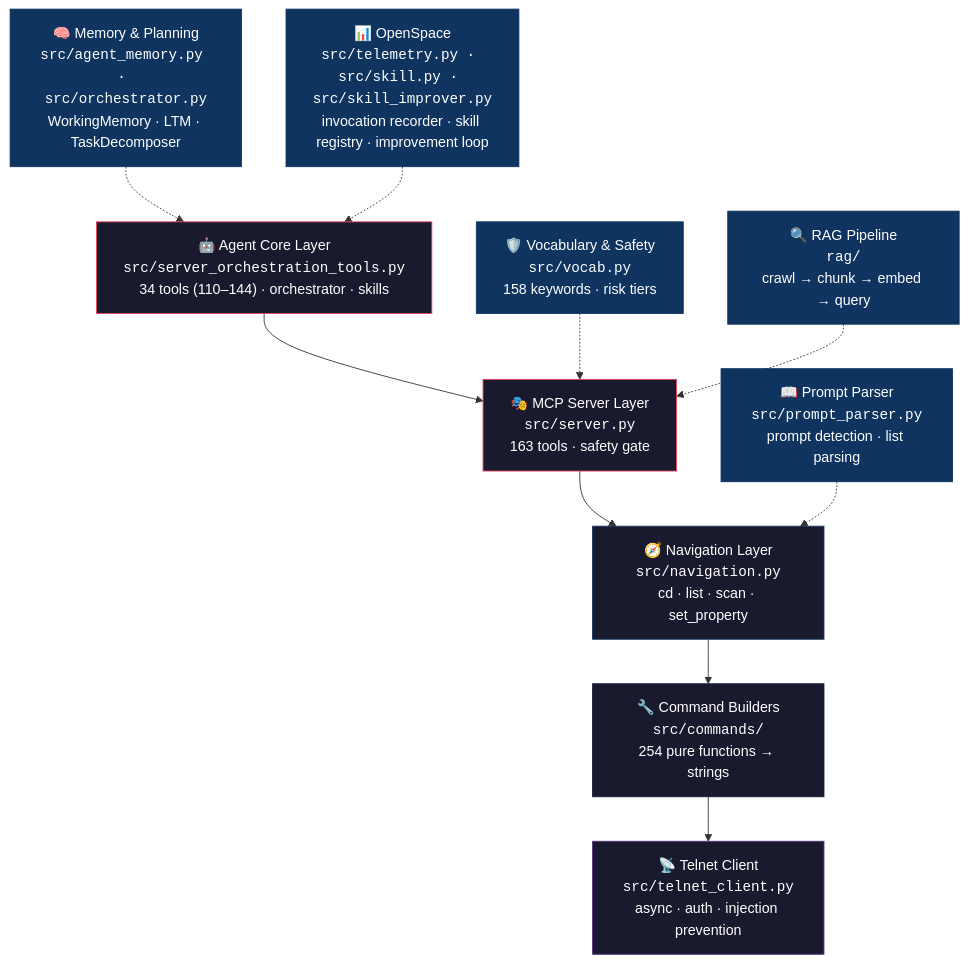
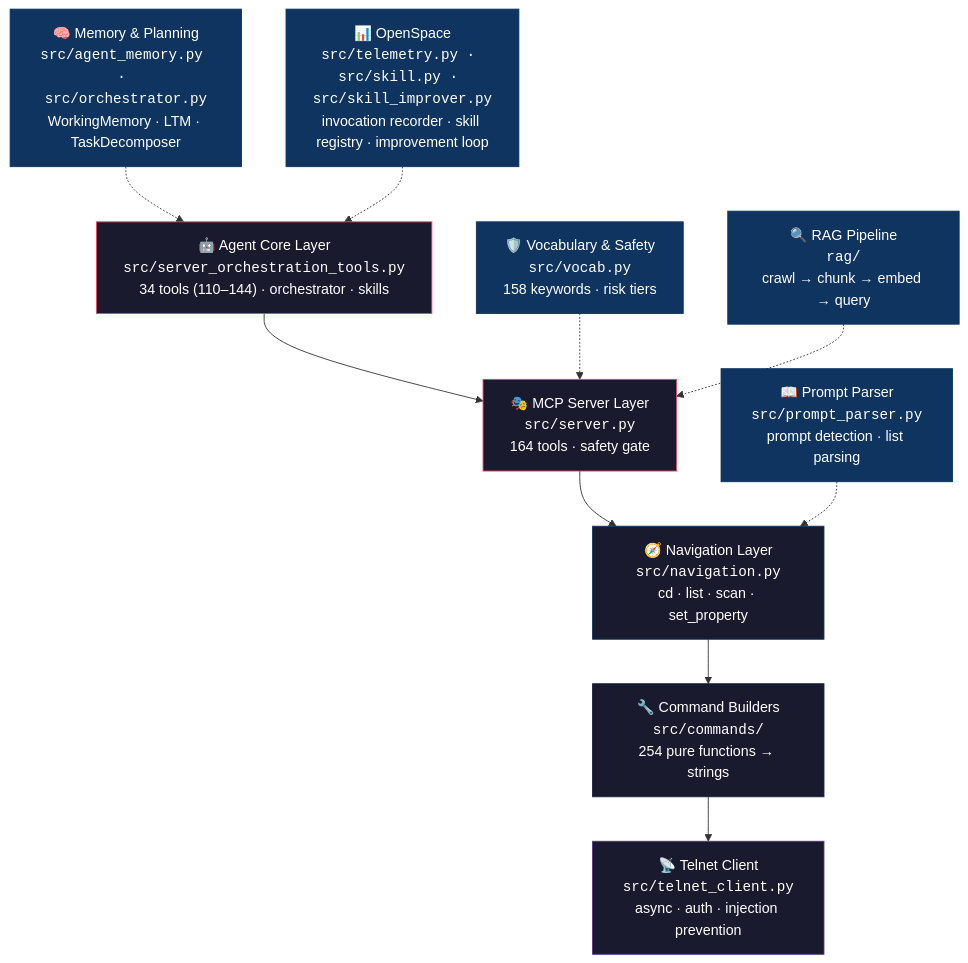
The first of 2 diagrams in README.md (thisis-romar/ma2-onPC-MCP), drawn with Mermaid before and after one commit. The commit also changed other lines of this file and 1 other file, not shown here.

````diff
--- a/README.md
+++ b/README.md
@@ -71,25 +71,25 @@
 ```mermaid
 graph TD
     H["🤖 Agent Core Layer<br/><code>src/server_orchestration_tools.py</code><br/>34 tools (110–144) · orchestrator · skills"] --> A
-    A["🎭 MCP Server Layer<br/><code>src/server.py</code><br/>163 tools · safety gate"] --> B
+    A["🎭 MCP Server Layer<br/><code>src/server.py</code><br/>164 tools · safety gate"] --> B
     B["🧭 Navigation Layer<br/><code>src/navigation.py</code><br/>cd · list · scan · set_property"] --> C
     C["🔧 Command Builders<br/><code>src/commands/</code><br/>254 pure functions → strings"] --> D
     D["📡 Telnet Client<br/><code>src/telnet_client.py</code><br/>async · auth · injection prevention"]
 
     E["📖 Prompt Parser<br/><code>src/prompt_parser.py</code><br/>prompt detection · list parsing"] -.-> B
     F["🛡️ Vocabulary & Safety<br/><code>src/vocab.py</code><br/>158 keywords · risk tiers"] -.-> A
     G["🔍 RAG Pipeline<br/><code>rag/</code><br/>crawl → chunk → embed → query"] -.-> A
     I["🧠 Memory & Planning<br/><code>src/agent_memory.py · src/orchestrator.py</code><br/>WorkingMemory · LTM · TaskDecomposer"] -.-> H
     J["📊 OpenSpace<br/><code>src/telemetry.py · src/skill.py · src/skill_improver.py</code><br/>invocation recorder · skill registry · improvement loop"] -.-> H
 
     style H fill:#1a1a2e,stroke:#e94560,color:#fff
     style A fill:#1a1a2e,stroke:#e94560,color:#fff
     style B fill:#1a1a2e,stroke:#0f3460,color:#fff
     style C fill:#1a1a2e,stroke:#16213e,color:#fff
     style D fill:#1a1a2e,stroke:#533483,color:#fff
     style E fill:#0f3460,stroke:#0f3460,color:#fff
     style F fill:#0f3460,stroke:#0f3460,color:#fff
     style G fill:#0f3460,stroke:#0f3460,color:#fff
     style I fill:#0f3460,stroke:#0f3460,color:#fff
     style J fill:#0f3460,stroke:#0f3460,color:#fff
 ```
````
